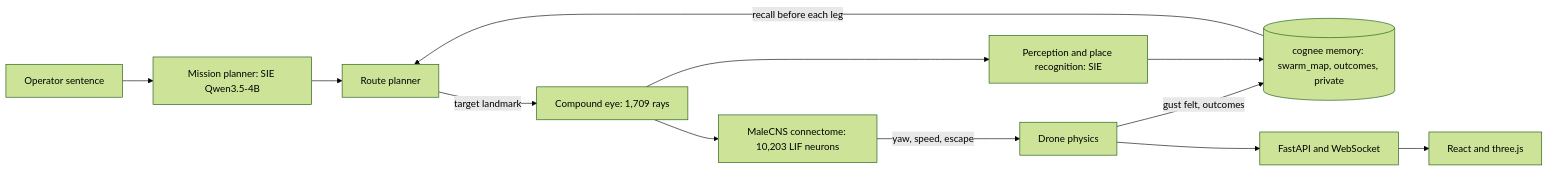
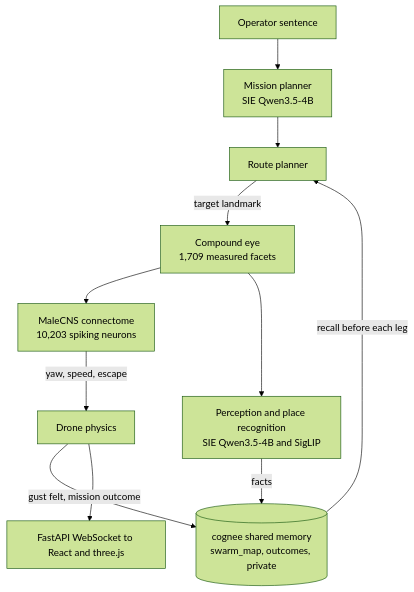
One commit to AUW160150/flybrain_superlinked changed the diagram in README.md. Above: the diagram before and after it, drawn with Mermaid (forest theme).

Commit message:
README: vertical architecture diagram for readability

````diff
--- a/README.md
+++ b/README.md
@@ -100,14 +100,13 @@
 ```mermaid
-flowchart LR
-  OP["Operator sentence"] --> PL["Mission planner: SIE Qwen3.5-4B"]
+flowchart TD
+  OP["Operator sentence"] --> PL["Mission planner<br/>SIE Qwen3.5-4B"]
   PL --> RT["Route planner"]
-  MEM[("cognee memory: swarm_map, outcomes, private")] -->|"recall before each leg"| RT
-  RT -->|"target landmark"| EYE["Compound eye: 1,709 rays"]
-  EYE --> BR["MaleCNS connectome: 10,203 LIF neurons"]
+  MEM[("cognee shared memory<br/>swarm_map, outcomes, private")] -->|"recall before each leg"| RT
+  RT -->|"target landmark"| EYE["Compound eye<br/>1,709 measured facets"]
+  EYE --> BR["MaleCNS connectome<br/>10,203 spiking neurons"]
+  EYE --> PC["Perception and place recognition<br/>SIE Qwen3.5-4B and SigLIP"]
   BR -->|"yaw, speed, escape"| DR["Drone physics"]
-  DR -->|"gust felt, outcomes"| MEM
-  EYE --> PC["Perception and place recognition: SIE"]
-  PC --> MEM
-  DR --> API["FastAPI and WebSocket"]
-  API --> UI["React and three.js"]
+  DR -->|"gust felt, mission outcome"| MEM
+  PC -->|"facts"| MEM
+  DR --> UI["FastAPI WebSocket to React and three.js"]
 ```
````
